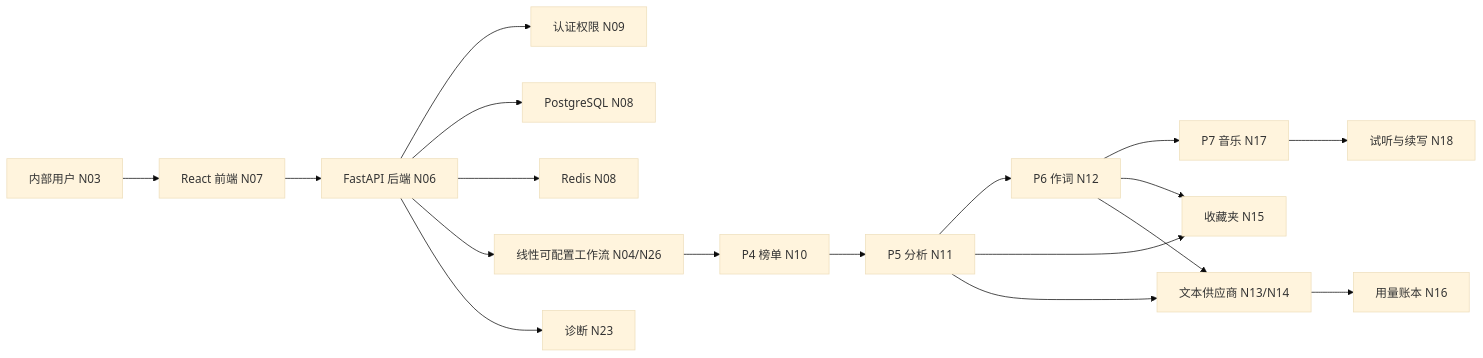
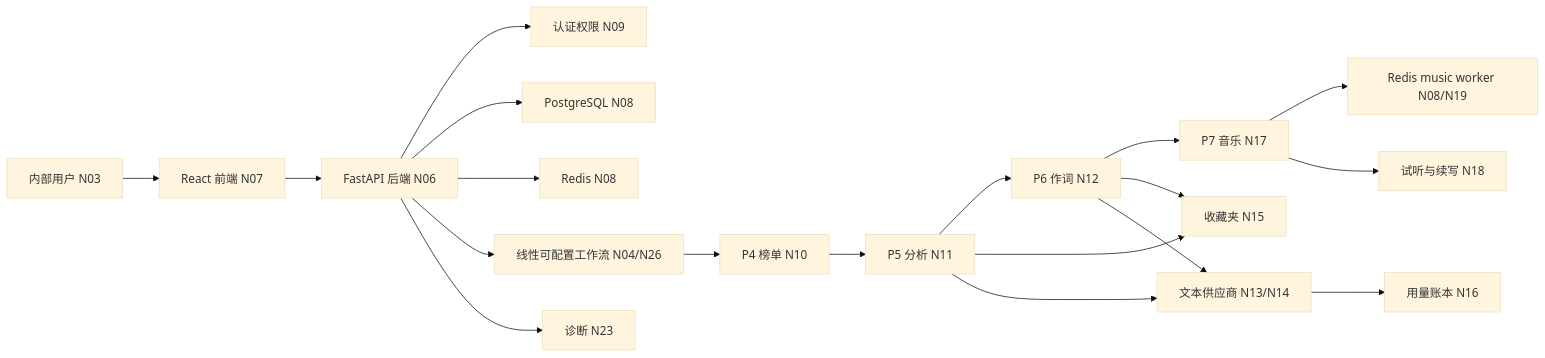
The diagram in docs/notes/蓝乐_当前上下文速记.md (sunjiaxing520/SunJX), drawn with Mermaid (base theme) before and after one commit. The commit also changed other lines of this file and 31 other files, not shown here.

````diff
--- a/docs/notes/蓝乐_当前上下文速记.md
+++ b/docs/notes/蓝乐_当前上下文速记.md
@@ -63,20 +63,21 @@
 ```mermaid
 flowchart LR
     User["内部用户 N03"] --> UI["React 前端 N07"]
     UI --> API["FastAPI 后端 N06"]
     API --> Auth["认证权限 N09"]
     API --> DB["PostgreSQL N08"]
     API --> Redis["Redis N08"]
     API --> Flow["线性可配置工作流 N04/N26"]
     Flow --> Rank["P4 榜单 N10"]
     Rank --> Analysis["P5 分析 N11"]
     Analysis --> Lyrics["P6 作词 N12"]
     Lyrics --> Music["P7 音乐 N17"]
+    Music --> RedisWorker["Redis music worker N08/N19"]
     Music --> Audition["试听与续写 N18"]
     Analysis --> Favorite["收藏夹 N15"]
     Lyrics --> Favorite
     Analysis --> Provider["文本供应商 N13/N14"]
     Lyrics --> Provider
     Provider --> Usage["用量账本 N16"]
     API --> Diagnostics["诊断 N23"]
 ```
````
